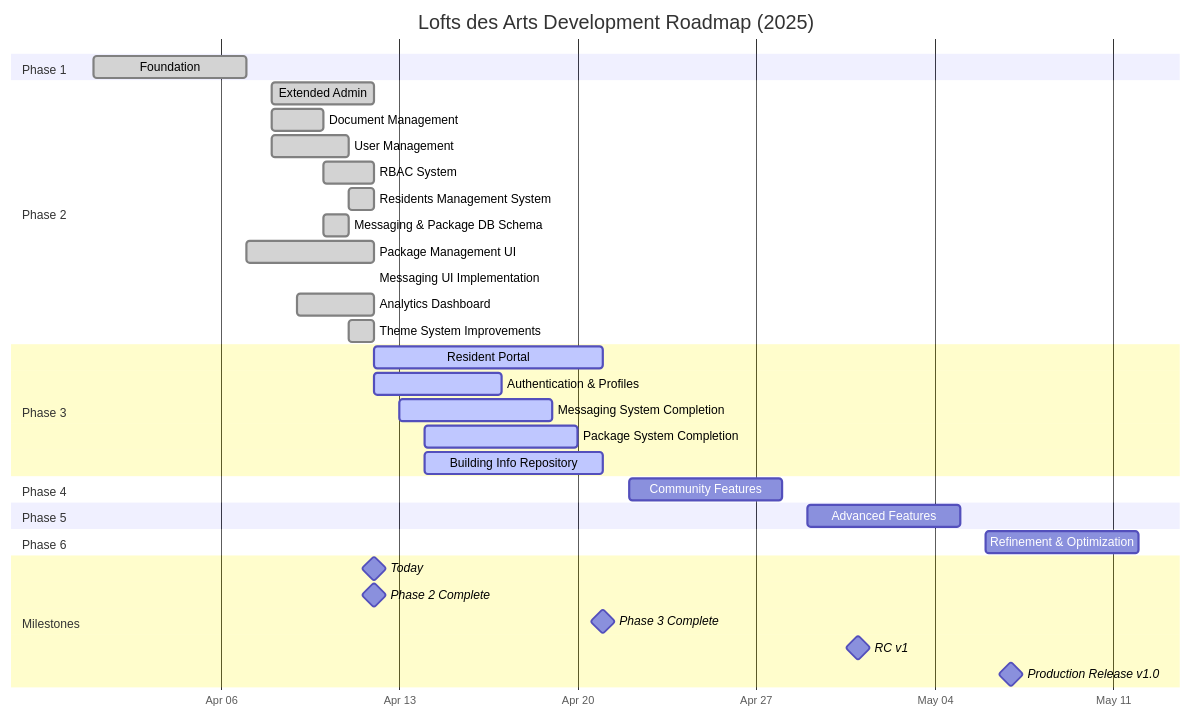
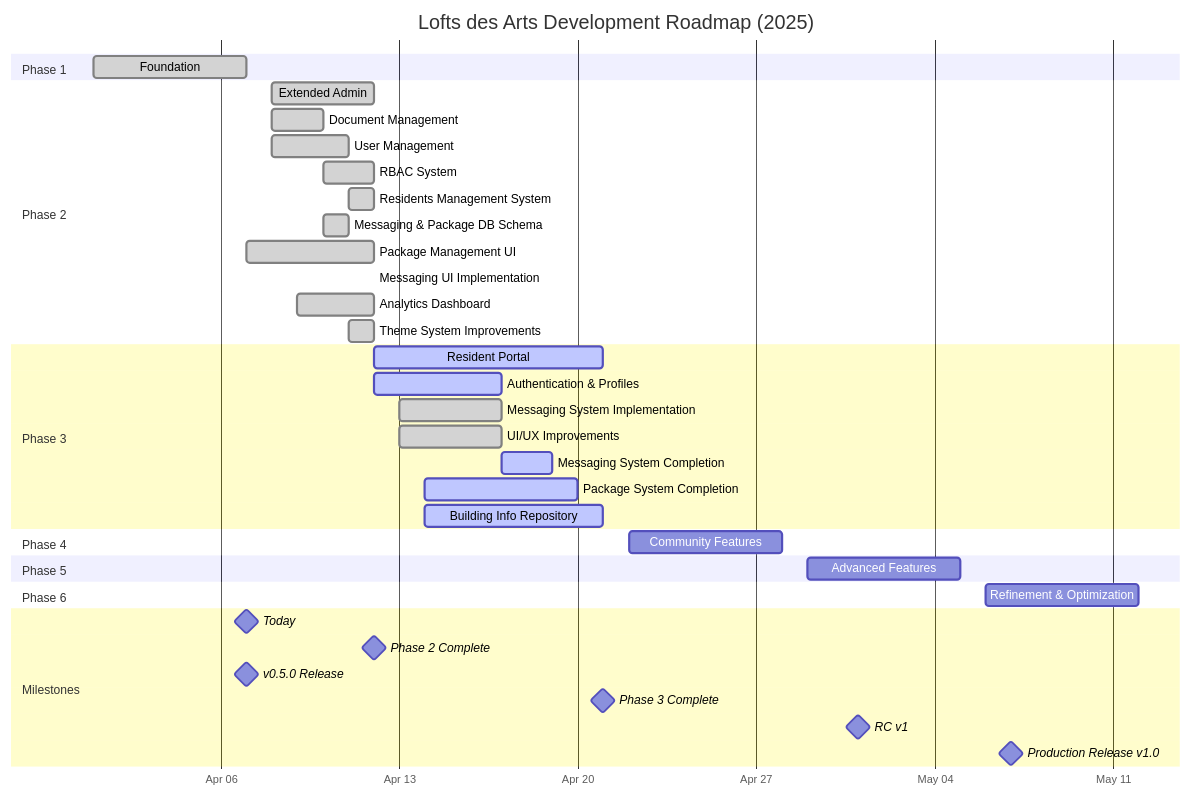
Before and after one commit to mrj0nesmtl/loftsdesarts: the diagram in docs/project-management/ROADMAP.md, drawn with Mermaid. The commit also changed other lines of this file and 2 other files, not shown here.

Commit message:
Release version 0.5.0 with completed Session 6 work

````diff
--- a/docs/project-management/ROADMAP.md
+++ b/docs/project-management/ROADMAP.md
@@ -9,45 +9,48 @@
 ```mermaid
 gantt
     title Lofts des Arts Development Roadmap (2025)
     dateFormat YYYY-MM-DD
     axisFormat %b %d
     todayMarker on
     
     section Phase 1
     Foundation                       :done,    p1, 2025-04-01, 2025-04-07
     
     section Phase 2
     Extended Admin                   :done,    p2, 2025-04-08, 2025-04-12
     Document Management              :done,    dm, 2025-04-08, 2025-04-10
     User Management                  :done,    um, 2025-04-08, 2025-04-11
     RBAC System                      :done,    rbac, 2025-04-10, 2025-04-12
     Residents Management System      :done,    rms, 2025-04-11, 2025-04-12
     Messaging & Package DB Schema    :done,    mpdb, 2025-04-10, 2025-04-11
     Package Management UI            :done,    pmui, 2025-04-07, 2025-04-12
     Messaging UI Implementation      :done,    mui, 2025-04-12, 2025-04-12
     Analytics Dashboard              :done,    ad, 2025-04-09, 2025-04-12
     Theme System Improvements        :done,    tsi, 2025-04-11, 2025-04-12
     
     section Phase 3
     Resident Portal                  :active,  p3, 2025-04-12, 2025-04-21
     Authentication & Profiles        :active,  auth, 2025-04-12, 2025-04-17
-    Messaging System Completion      :active,  msgcomp, 2025-04-13, 2025-04-19
+    Messaging System Implementation  :done,    msgi, 2025-04-13, 2025-04-17
+    UI/UX Improvements               :done,    uii, 2025-04-13, 2025-04-17
+    Messaging System Completion      :active,  msgcomp, 2025-04-17, 2025-04-19
     Package System Completion        :active,  pkgcomp, 2025-04-14, 2025-04-20
     Building Info Repository         :active,  repo, 2025-04-14, 2025-04-21
     
     section Phase 4
     Community Features               :         p4, 2025-04-22, 2025-04-28
     
     section Phase 5
     Advanced Features                :         p5, 2025-04-29, 2025-05-05
     
     section Phase 6
     Refinement & Optimization        :         p6, 2025-05-06, 2025-05-12
     
     section Milestones
-    Today                            :milestone, today, 2025-04-12, 0d
+    Today                            :milestone, today, 2025-04-07, 0d
     Phase 2 Complete                 :milestone, m1, 2025-04-12, 0d
+    v0.5.0 Release                   :milestone, m1.5, 2025-04-07, 0d
     Phase 3 Complete                 :milestone, m2, 2025-04-21, 0d
     RC v1                            :milestone, m3, 2025-05-01, 0d
     Production Release v1.0          :milestone, m4, 2025-05-07, 0d
 ```
````
